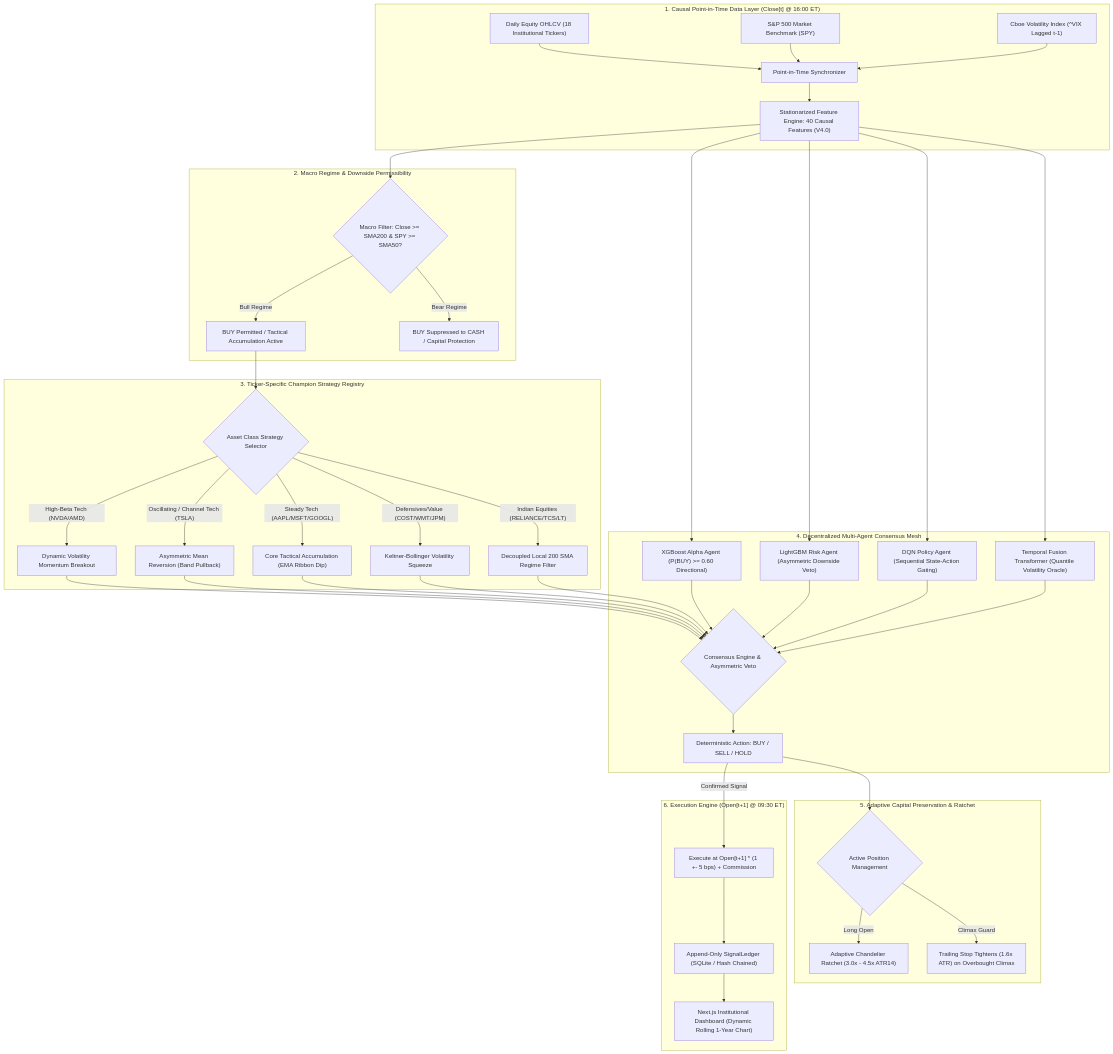
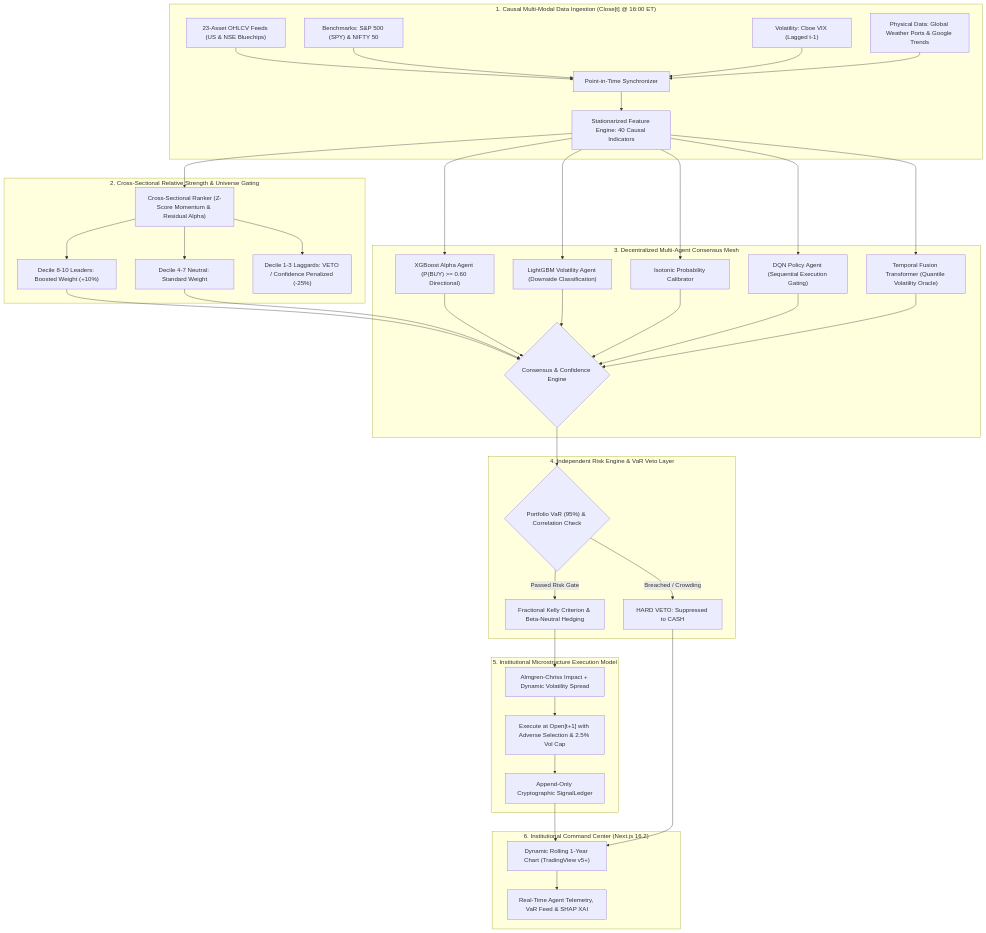
The diagram in README.md (dhruvin0041/quantitative-trading-platform), drawn with Mermaid before and after one commit. The commit also changed other lines of this file, not shown here.

Commit message:
Rewrite institutional README documentation for Hydra V4.0 architecture

````diff
--- a/README.md
+++ b/README.md
@@ -31,46 +33,45 @@
 ```mermaid
 flowchart TD
-    subgraph Data_Layer ["1. Causal Point-in-Time Data Layer (Close[t] @ 16:00 ET)"]
-        OHLCV["Daily Equity OHLCV (18 Institutional Tickers)"] --> PIT["Point-in-Time Synchronizer"]
-        SPY["S&P 500 Market Benchmark (SPY)"] --> PIT
-        VIX["Cboe Volatility Index (^VIX Lagged t-1)"] --> PIT
-        PIT --> FE["Stationarized Feature Engine: 40 Causal Features (V4.0)"]
+    subgraph Data_Layer ["1. Causal Multi-Modal Data Ingestion (Close[t] @ 16:00 ET)"]
+        OHLCV["23-Asset OHLCV Feeds (US & NSE Bluechips)"] --> PIT["Point-in-Time Synchronizer"]
+        BENCH["Benchmarks: S&P 500 (SPY) & NIFTY 50"] --> PIT
+        VIX["Volatility: Cboe VIX (Lagged t-1)"] --> PIT
+        PHYS["Physical Data: Global Weather Ports & Google Trends"] --> PIT
+        PIT --> FE["Stationarized Feature Engine: 40 Causal Indicators"]
     end
 
-    subgraph Macro_Firewall ["2. Macro Regime & Downside Permissibility"]
-        FE --> RegimeCheck{"Macro Filter: Close >= SMA200 & SPY >= SMA50?"}
-        RegimeCheck -->|"Bull Regime"| BullPermit["BUY Permitted / Tactical Accumulation Active"]
-        RegimeCheck -->|"Bear Regime"| BearSuppress["BUY Suppressed to CASH / Capital Protection"]
+    subgraph Cross_Sectional ["2. Cross-Sectional Relative Strength & Universe Gating"]
+        FE --> CSR["Cross-Sectional Ranker (Z-Score Momentum & Residual Alpha)"]
+        CSR --> Leader["Decile 8-10 Leaders: Boosted Weight (+10%)"]
+        CSR --> Neutral["Decile 4-7 Neutral: Standard Weight"]
+        CSR --> Laggard["Decile 1-3 Laggards: VETO / Confidence Penalized (-25%)"]
     end
 
-    subgraph Strategy_Engine ["3. Ticker-Specific Champion Strategy Registry"]
-        BullPermit --> StratMap{"Asset Class Strategy Selector"}
-        StratMap -->|"High-Beta Tech (NVDA/AMD)"| Breakout["Dynamic Volatility Momentum Breakout"]
-        StratMap -->|"Oscillating / Channel Tech (TSLA)"| AsymMR["Asymmetric Mean Reversion (Band Pullback)"]
-        StratMap -->|"Steady Tech (AAPL/MSFT/GOOGL)"| CoreTac["Core Tactical Accumulation (EMA Ribbon Dip)"]
-        StratMap -->|"Defensives/Value (COST/WMT/JPM)"| Squeeze["Keltner-Bollinger Volatility Squeeze"]
-        StratMap -->|"Indian Equities (RELIANCE/TCS/LT)"| StructBreak["Decoupled Local 200 SMA Regime Filter"]
+    subgraph Model_Mesh ["3. Decentralized Multi-Agent Consensus Mesh"]
+        Leader & Neutral --> MeshConsensus
+        FE --> XGB["XGBoost Alpha Agent (P(BUY) >= 0.60 Directional)"]
+        FE --> LGBM["LightGBM Volatility Agent (Downside Classification)"]
+        FE --> ISO["Isotonic Probability Calibrator"]
+        FE --> DQN["DQN Policy Agent (Sequential Execution Gating)"]
+        FE --> TFT["Temporal Fusion Transformer (Quantile Volatility Oracle)"]
+        XGB & LGBM & ISO & DQN & TFT --> MeshConsensus{"Consensus & Confidence Engine"}
     end
 
-    subgraph Model_Mesh ["4. Decentralized Multi-Agent Consensus Mesh"]
-        Breakout & AsymMR & CoreTac & Squeeze & StructBreak --> MeshConsensus
-        FE --> XGB["XGBoost Alpha Agent (P(BUY) >= 0.60 Directional)"]
-        FE --> LGBM["LightGBM Risk Agent (Asymmetric Downside Veto)"]
-        FE --> DQN["DQN Policy Agent (Sequential State-Action Gating)"]
-        FE --> TFT["Temporal Fusion Transformer (Quantile Volatility Oracle)"]
-        XGB & LGBM & DQN & TFT --> MeshConsensus{"Consensus Engine & Asymmetric Veto"}
-        MeshConsensus --> Action["Deterministic Action: BUY / SELL / HOLD"]
+    subgraph Risk_Veto ["4. Independent Risk Engine & VaR Veto Layer"]
+        MeshConsensus --> RiskCheck{"Portfolio VaR (95%) & Correlation Check"}
+        RiskCheck -->|"Breached / Crowding"| VetoAction["HARD VETO: Suppressed to CASH"]
+        RiskCheck -->|"Passed Risk Gate"| Sizing["Fractional Kelly Criterion & Beta-Neutral Hedging"]
     end
 
-    subgraph Risk_Stop ["5. Adaptive Capital Preservation & Ratchet"]
-        Action --> Ratchet{"Active Position Management"}
-        Ratchet -->|"Long Open"| Chandelier["Adaptive Chandelier Ratchet (3.0x - 4.5x ATR14)"]
-        Ratchet -->|"Climax Guard"| StopUpdate["Trailing Stop Tightens (1.6x ATR) on Overbought Climax"]
+    subgraph Microstructure_Exec ["5. Institutional Microstructure Execution Model"]
+        Sizing --> ExecEngine["Almgren-Chriss Impact + Dynamic Volatility Spread"]
+        ExecEngine --> Fill["Execute at Open[t+1] with Adverse Selection & 2.5% Vol Cap"]
+        Fill --> Ledger["Append-Only Cryptographic SignalLedger"]
     end
 
-    subgraph Deterministic_Sim ["6. Execution Engine (Open[t+1] @ 09:30 ET)"]
-        Action -->|"Confirmed Signal"| Fill["Execute at Open[t+1] * (1 +- 5 bps) + Commission"]
-        Fill --> Ledger["Append-Only SignalLedger (SQLite / Hash Chained)"]
-        Ledger --> UI["Next.js Institutional Dashboard (Dynamic Rolling 1-Year Chart)"]
+    subgraph UI_Command ["6. Institutional Command Center (Next.js 16.2)"]
+        Ledger --> UI["Dynamic Rolling 1-Year Chart (TradingView v5+)"]
+        VetoAction --> UI
+        UI --> HUD["Real-Time Agent Telemetry, VaR Feed & SHAP XAI"]
     end
 ```
````
